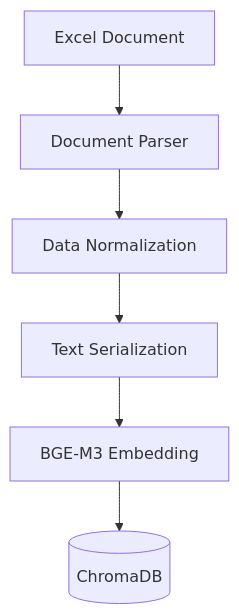
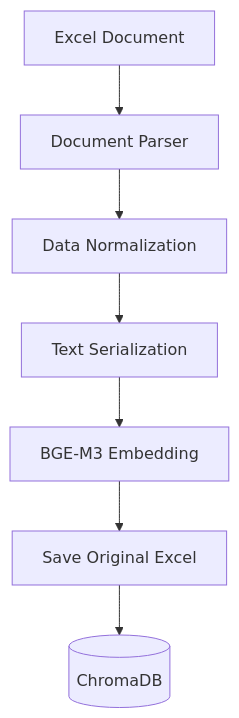
The first of 3 diagrams in docs/developer-overview.md (JongminChoi98/local-document-intelligence), drawn with Mermaid before and after one commit. The commit also changed other lines of this file and 4 other files, not shown here.

````diff
--- a/docs/developer-overview.md
+++ b/docs/developer-overview.md
@@ -121,8 +143,9 @@
 ```mermaid
 flowchart TD
     A[Excel Document] --> B[Document Parser]
     B --> C[Data Normalization]
     C --> D[Text Serialization]
     D --> E[BGE-M3 Embedding]
-    E --> F[(ChromaDB)]
+    E --> S[Save Original Excel]
+    S --> F[(ChromaDB)]
 ```
````
